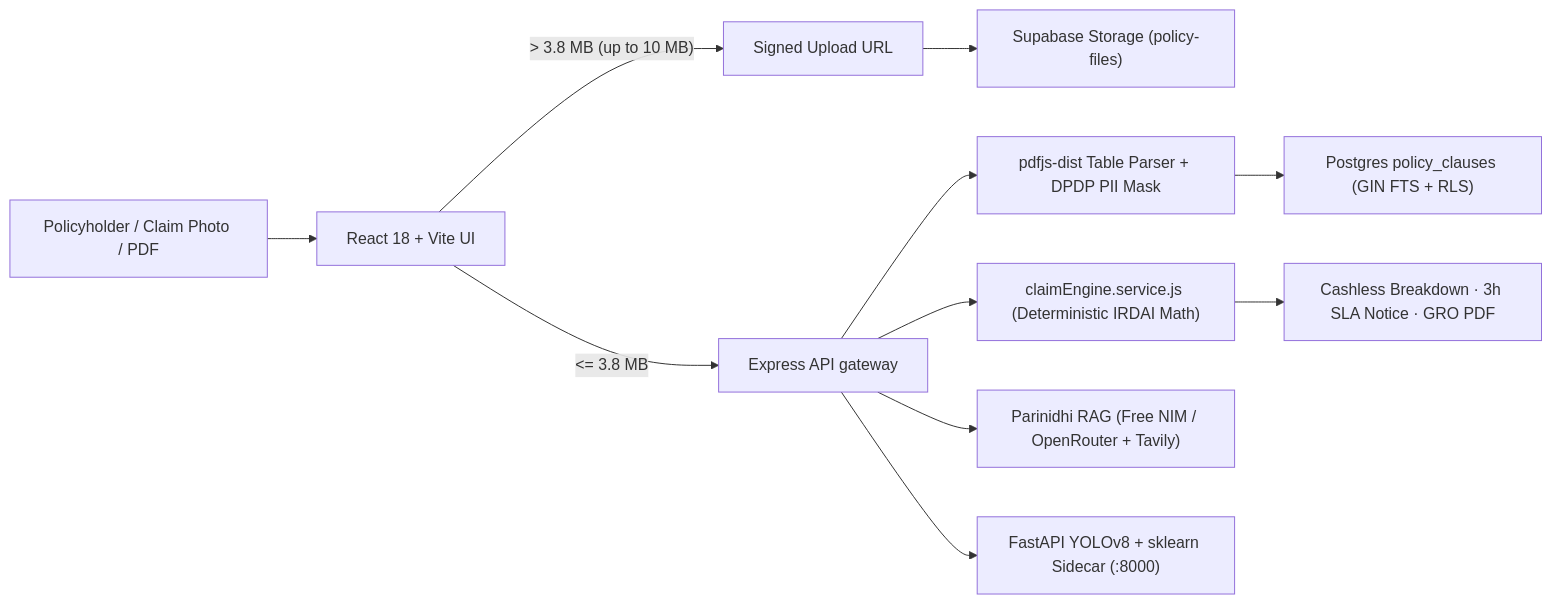
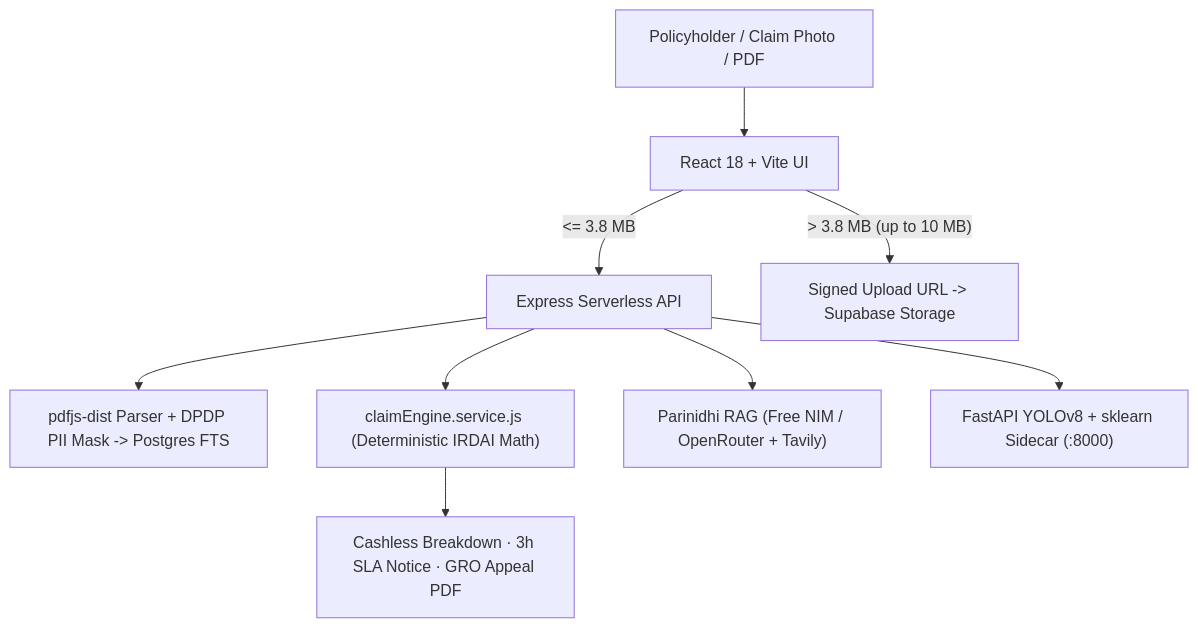
The first of 2 diagrams in README.md (fazil-dev-tech/policy-ai), drawn with Mermaid before and after one commit. The commit also changed other lines of this file and 4 other files, not shown here.

````diff
--- a/README.md
+++ b/README.md
@@ -73,13 +75,11 @@
 ```mermaid
-flowchart LR
+flowchart TD
     U["Policyholder / Claim Photo / PDF"] --> B["React 18 + Vite UI"]
-    B -->|"&lt;= 3.8 MB"| API["Express API gateway"]
-    B -->|"&gt; 3.8 MB (up to 10 MB)"| SURL["Signed Upload URL"]
-    SURL --> ST["Supabase Storage (policy-files)"]
-    API --> PARSE["pdfjs-dist Table Parser + DPDP PII Mask"]
-    PARSE --> FTS["Postgres policy_clauses (GIN FTS + RLS)"]
+    B -->|"<= 3.8 MB"| API["Express Serverless API"]
+    B -->|"> 3.8 MB (up to 10 MB)"| SURL["Signed Upload URL -> Supabase Storage"]
+    API --> PARSE["pdfjs-dist Parser + DPDP PII Mask -> Postgres FTS"]
     API --> MATH["claimEngine.service.js (Deterministic IRDAI Math)"]
     API --> RAG["Parinidhi RAG (Free NIM / OpenRouter + Tavily)"]
     API --> ML["FastAPI YOLOv8 + sklearn Sidecar (:8000)"]
-    MATH --> OUT["Cashless Breakdown · 3h SLA Notice · GRO PDF"]
+    MATH --> OUT["Cashless Breakdown · 3h SLA Notice · GRO Appeal PDF"]
 ```
````
